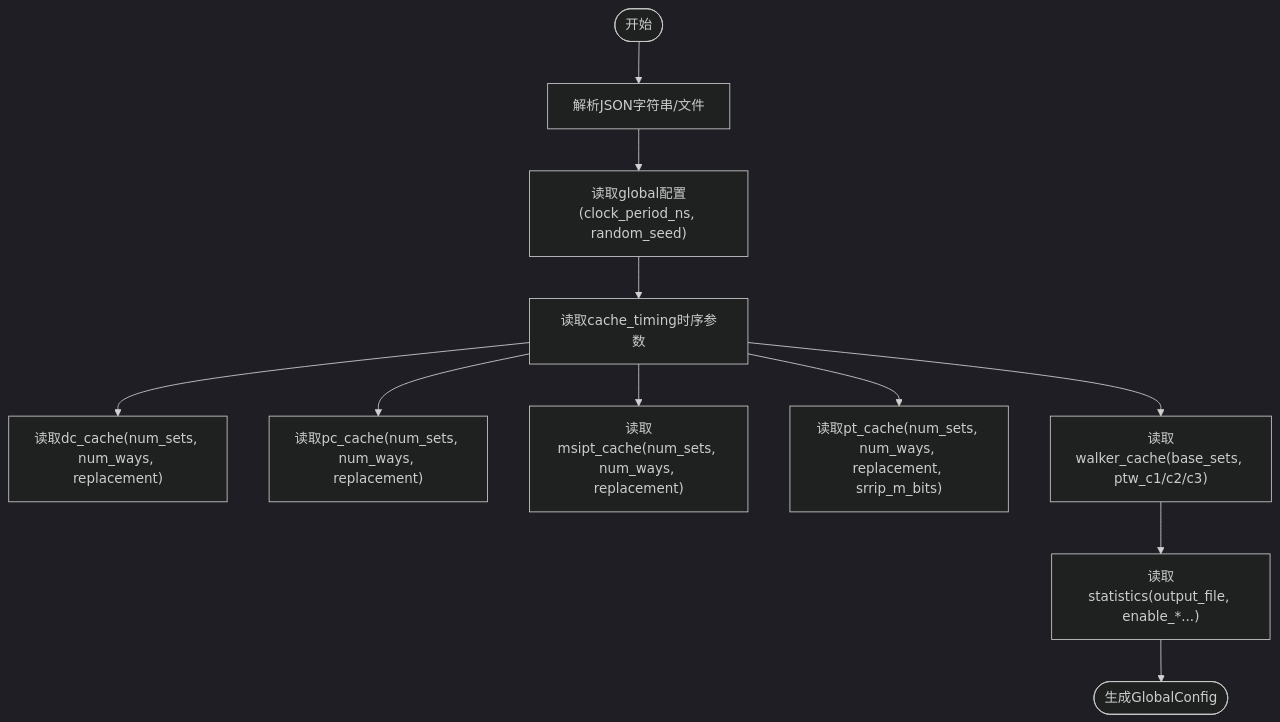
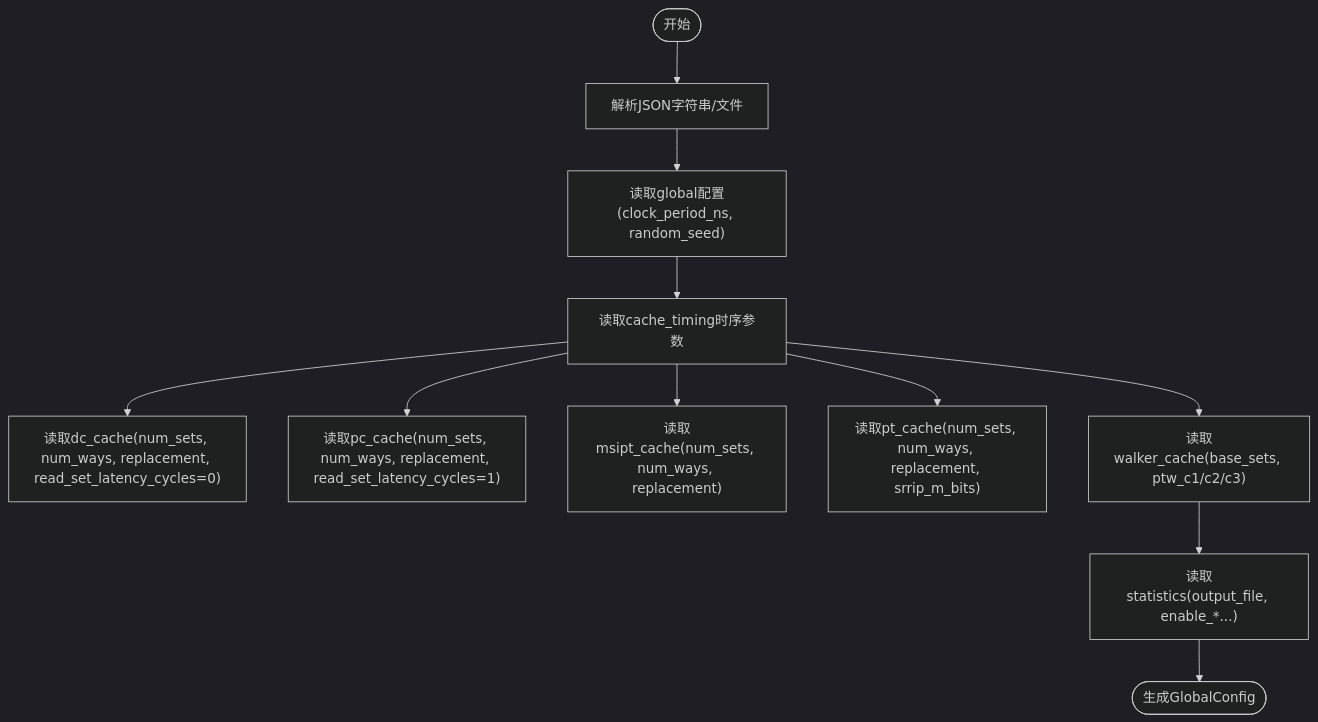
One commit to jiangjiang1122/iommu_model_20260401_v1 changed the third of 6 diagrams in .qoder/repowiki/zh/content/性能模型/性能参数配置.md. Above: the diagram before and after it, drawn with Mermaid (dark theme). The commit also changed other lines of this file and 159 other files, not shown here.

Commit message:
chore: 更新知识库文档 + 新增PTW并发分析图表与数据文件

````diff
--- a/.qoder/repowiki/zh/content/性能模型/性能参数配置.md
+++ b/.qoder/repowiki/zh/content/性能模型/性能参数配置.md
@@ -213,13 +224,13 @@
 ```mermaid
 flowchart TD
 Start(["开始"]) --> Parse["解析JSON字符串/文件"]
 Parse --> Global["读取global配置(clock_period_ns, random_seed)"]
 Global --> Timing["读取cache_timing时序参数"]
-Timing --> DC["读取dc_cache(num_sets, num_ways, replacement)"]
-Timing --> PC["读取pc_cache(num_sets, num_ways, replacement)"]
+Timing --> DC["读取dc_cache(num_sets, num_ways, replacement, read_set_latency_cycles=0)"]
+Timing --> PC["读取pc_cache(num_sets, num_ways, replacement, read_set_latency_cycles=1)"]
 Timing --> MSIPT["读取msipt_cache(num_sets, num_ways, replacement)"]
 Timing --> PT["读取pt_cache(num_sets, num_ways, replacement, srrip_m_bits)"]
 Timing --> WC["读取walker_cache(base_sets, ptw_c1/c2/c3)"]
 WC --> Stats["读取statistics(output_file, enable_*...)"]
 Stats --> End(["生成GlobalConfig"])
 ```
````
